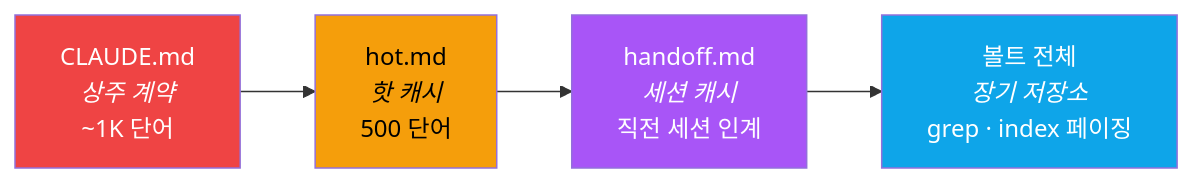
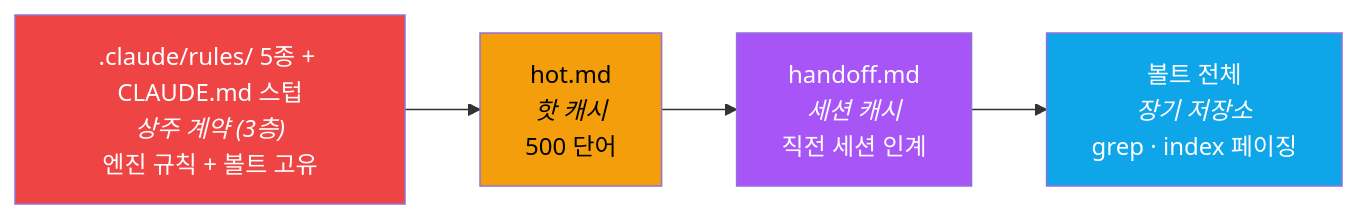
The third of 5 diagrams in README.md (Technoetic/agentic-vault), drawn with Mermaid before and after one commit. The commit also changed other lines of this file, not shown here.

Commit message:
docs: README에 3층 행동 계약 반영 — 메모리 계층 다이어그램 L0·소유권 표·English summary

````diff
--- a/README.md
+++ b/README.md
@@ -152,11 +152,11 @@
 ```mermaid
 flowchart LR
-    L0["CLAUDE.md<br/><i>상주 계약</i><br/>~1K 단어"] --> L1["hot.md<br/><i>핫 캐시</i><br/>500 단어"]
+    L0[".claude/rules/ 5종 + CLAUDE.md 스텁<br/><i>상주 계약 (3층)</i><br/>엔진 규칙 + 볼트 고유"] --> L1["hot.md<br/><i>핫 캐시</i><br/>500 단어"]
     L1 --> L2["handoff.md<br/><i>세션 캐시</i><br/>직전 세션 인계"]
     L2 --> L3["볼트 전체<br/><i>장기 저장소</i><br/>grep · index 페이징"]
 
     style L0 fill:#EF4444,color:#fff
     style L1 fill:#F59E0B,color:#000
     style L2 fill:#A855F7,color:#fff
     style L3 fill:#0EA5E9,color:#fff
 ```
````
